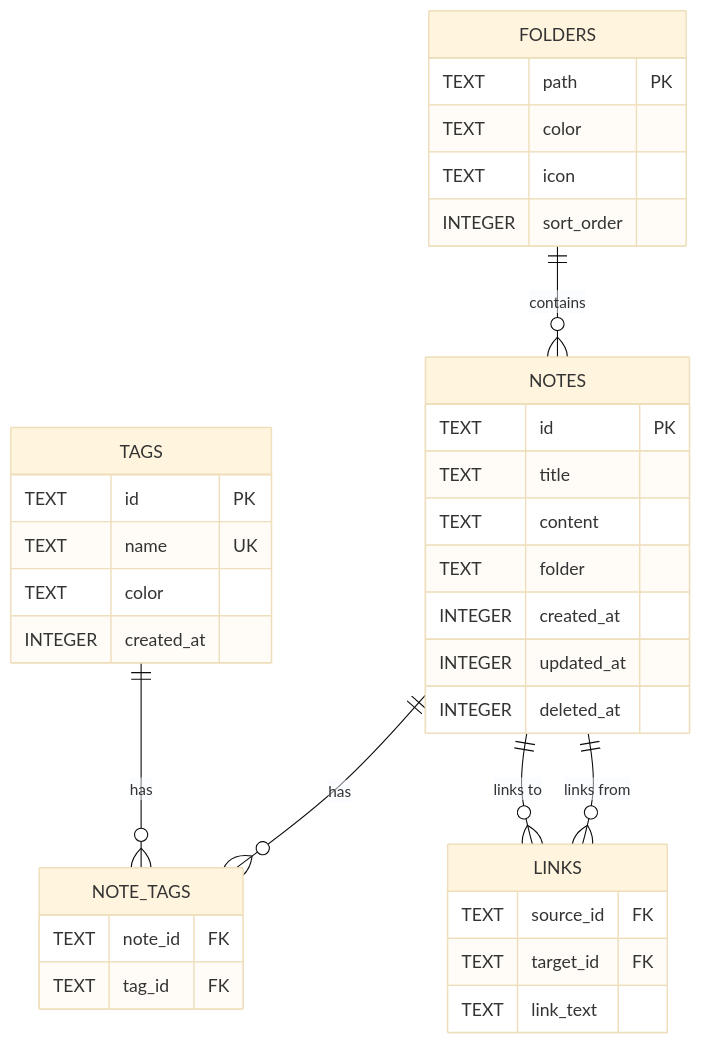
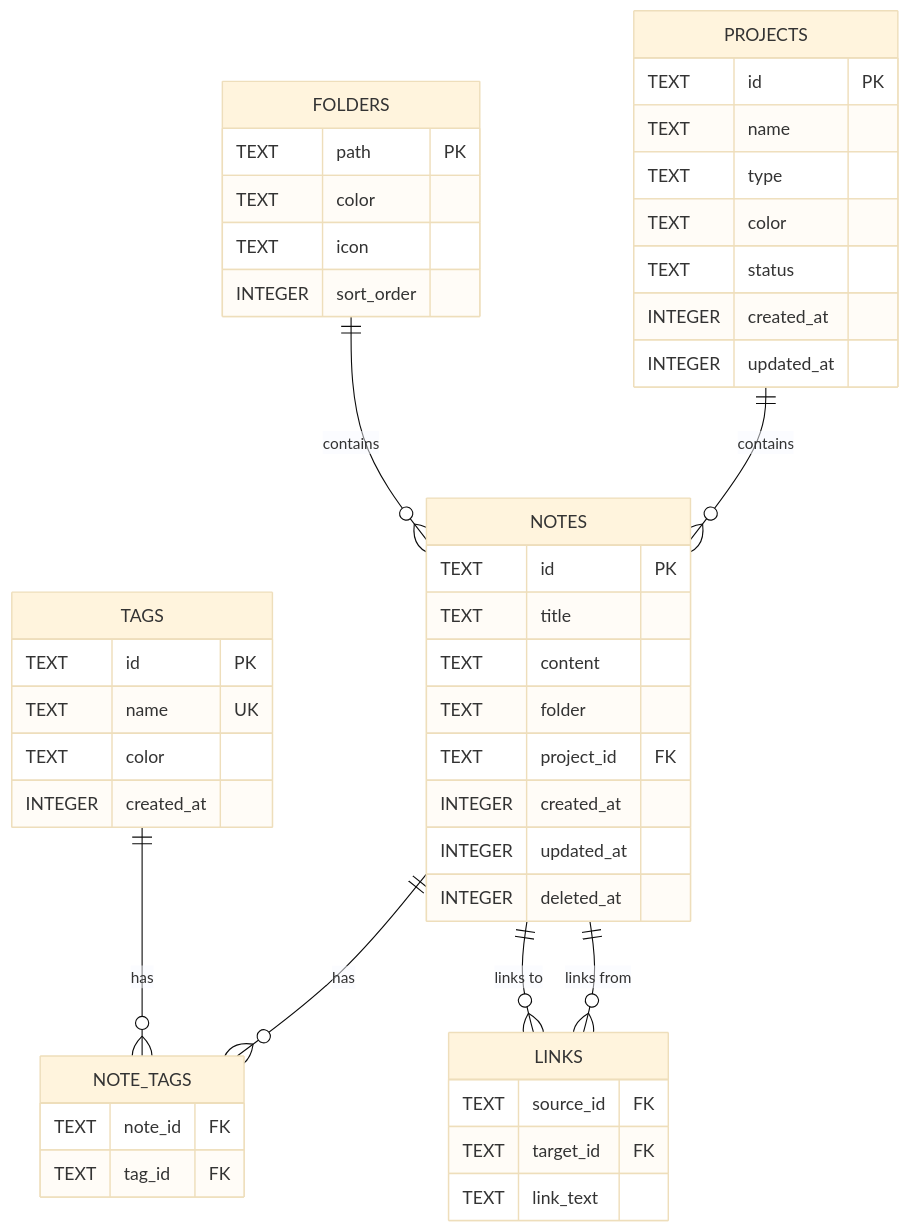
One commit to Data-Wise/scribe changed the fifth of 5 diagrams in docs/ARCHITECTURE.md. Above: the diagram before and after it, drawn with Mermaid (base theme). The commit also changed other lines of this file and 19 other files, not shown here.

First line of the commit message:
docs: archive 13 stale files, update architecture/components/API/release docs for v1.20.0

````diff
--- a/docs/ARCHITECTURE.md
+++ b/docs/ARCHITECTURE.md
@@ -173,43 +190,55 @@
 ```mermaid
 erDiagram
     NOTES {
         TEXT id PK
         TEXT title
         TEXT content
         TEXT folder
+        TEXT project_id FK
         INTEGER created_at
         INTEGER updated_at
         INTEGER deleted_at
+    }
+
+    PROJECTS {
+        TEXT id PK
+        TEXT name
+        TEXT type
+        TEXT color
+        TEXT status
+        INTEGER created_at
+        INTEGER updated_at
     }
 
     TAGS {
         TEXT id PK
         TEXT name UK
         TEXT color
         INTEGER created_at
     }
 
     NOTE_TAGS {
         TEXT note_id FK
         TEXT tag_id FK
     }
 
     LINKS {
         TEXT source_id FK
         TEXT target_id FK
         TEXT link_text
     }
 
     FOLDERS {
         TEXT path PK
         TEXT color
         TEXT icon
         INTEGER sort_order
     }
 
+    PROJECTS ||--o{ NOTES : contains
     NOTES ||--o{ NOTE_TAGS : has
     TAGS ||--o{ NOTE_TAGS : has
     NOTES ||--o{ LINKS : "links from"
     NOTES ||--o{ LINKS : "links to"
     FOLDERS ||--o{ NOTES : contains
 ```
````
